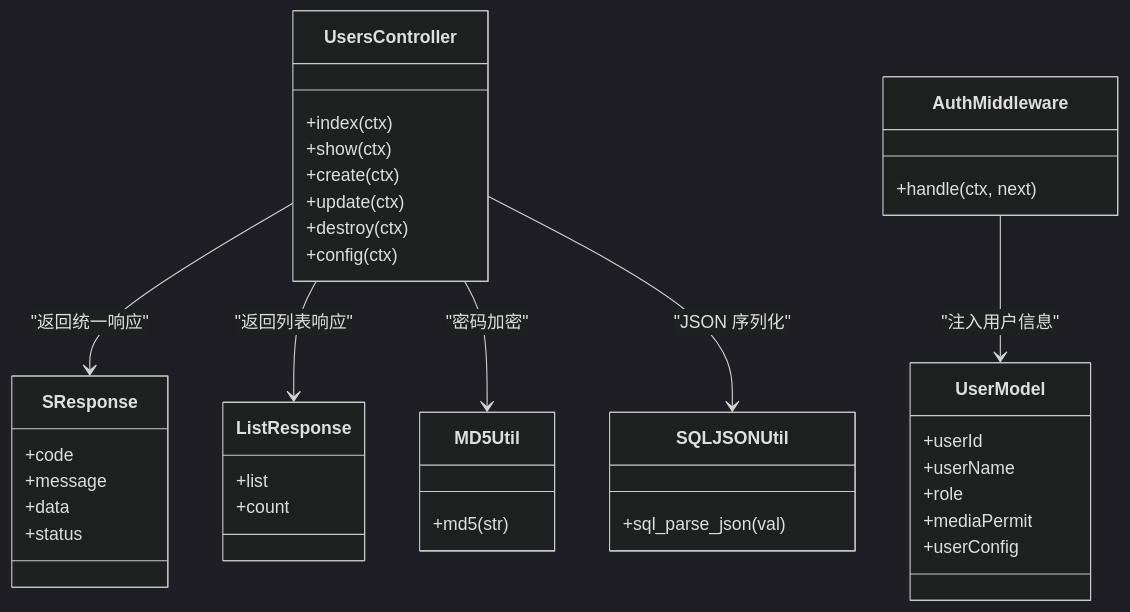
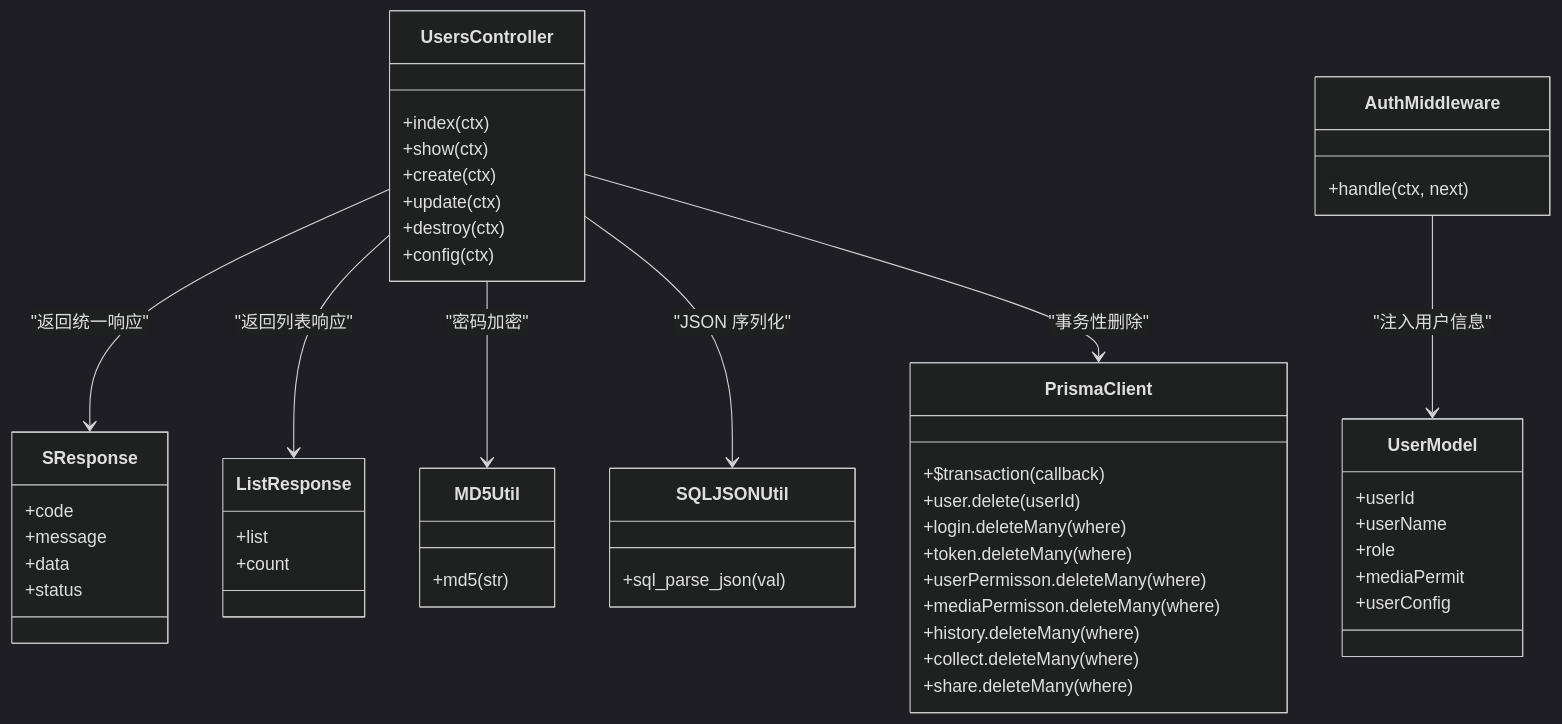
The third of 4 diagrams in .qoder/repowiki/zh/content/核心功能模块/用户管理系统/用户CRUD操作.md (lkw199711/smanga-adonis), drawn with Mermaid (dark theme) before and after one commit. The commit also changed other lines of this file and 8 other files, not shown here.

````diff
--- a/.qoder/repowiki/zh/content/核心功能模块/用户管理系统/用户CRUD操作.md
+++ b/.qoder/repowiki/zh/content/核心功能模块/用户管理系统/用户CRUD操作.md
@@ -316,42 +335,54 @@
 ```mermaid
 classDiagram
 class UsersController {
 +index(ctx)
 +show(ctx)
 +create(ctx)
 +update(ctx)
 +destroy(ctx)
 +config(ctx)
 }
 class AuthMiddleware {
 +handle(ctx, next)
 }
 class SResponse {
 +code
 +message
 +data
 +status
 }
 class ListResponse {
 +list
 +count
 }
 class MD5Util {
 +md5(str)
 }
 class SQLJSONUtil {
 +sql_parse_json(val)
 }
 class UserModel {
 +userId
 +userName
 +role
 +mediaPermit
 +userConfig
 }
+class PrismaClient {
++$transaction(callback)
++user.delete(userId)
++login.deleteMany(where)
++token.deleteMany(where)
++userPermisson.deleteMany(where)
++mediaPermisson.deleteMany(where)
++history.deleteMany(where)
++collect.deleteMany(where)
++share.deleteMany(where)
+}
 UsersController --> SResponse : "返回统一响应"
 UsersController --> ListResponse : "返回列表响应"
 UsersController --> MD5Util : "密码加密"
 UsersController --> SQLJSONUtil : "JSON 序列化"
+UsersController --> PrismaClient : "事务性删除"
 AuthMiddleware --> UserModel : "注入用户信息"
 ```
````
